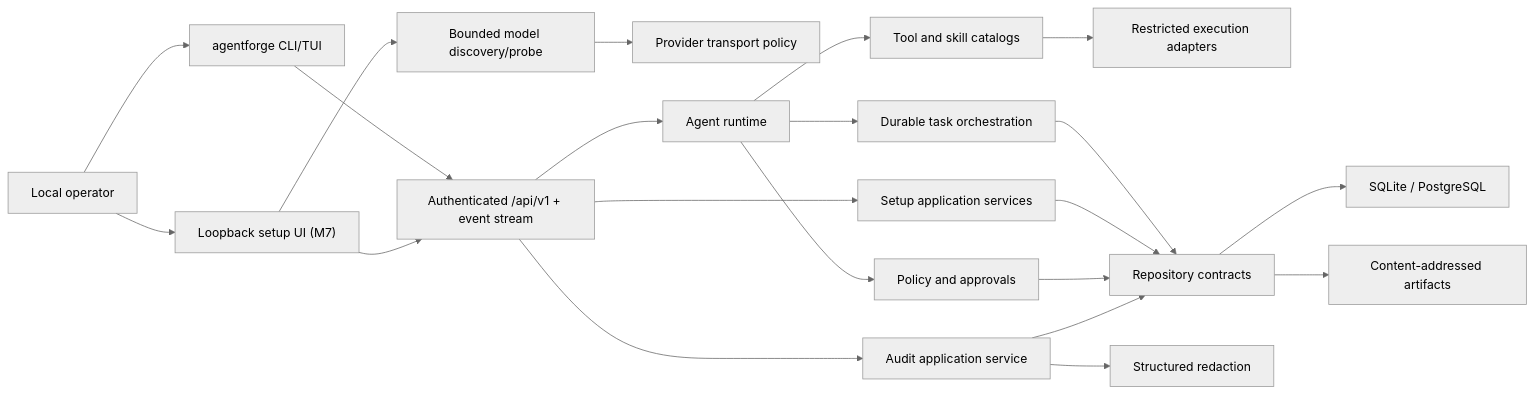
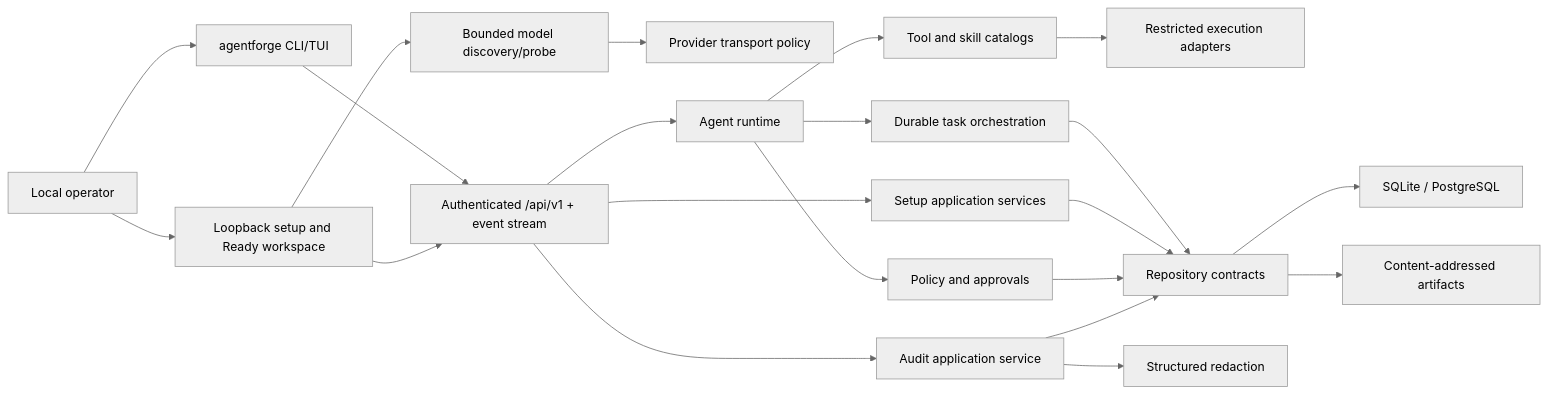
Before and after one commit to helmutsreinis/AgentForge: the first of 2 diagrams in docs/ARCHITECTURE.md, drawn with Mermaid (neutral theme). The commit also changed other lines of this file and 18 other files, not shown here.

Commit message:
feat(ui): add protected ready-state MVP workspace

````diff
--- a/docs/ARCHITECTURE.md
+++ b/docs/ARCHITECTURE.md
@@ -19,23 +26,23 @@
 ```mermaid
 flowchart LR
   Operator["Local operator"] --> CLI["agentforge CLI/TUI"]
-  Operator --> Web["Loopback setup UI (M7)"]
+  Operator --> Web["Loopback setup and Ready workspace"]
   CLI --> API["Authenticated /api/v1 + event stream"]
   Web --> API
   Web --> ModelDiscovery["Bounded model discovery/probe"]
   ModelDiscovery --> Models["Provider transport policy"]
   API --> Setup["Setup application services"]
   API --> Runtime["Agent runtime"]
   Runtime --> Policy["Policy and approvals"]
   Runtime --> Orchestration["Durable task orchestration"]
   Runtime --> Catalogs["Tool and skill catalogs"]
   Catalogs --> Sandbox["Restricted execution adapters"]
   Orchestration --> Persistence["Repository contracts"]
   Setup --> Persistence
   Policy --> Persistence
   API --> Audit["Audit application service"]
   Audit --> Redaction["Structured redaction"]
   Audit --> Persistence
   Persistence --> SQLite["SQLite / PostgreSQL"]
   Persistence --> Artifacts["Content-addressed artifacts"]
 ```
````
